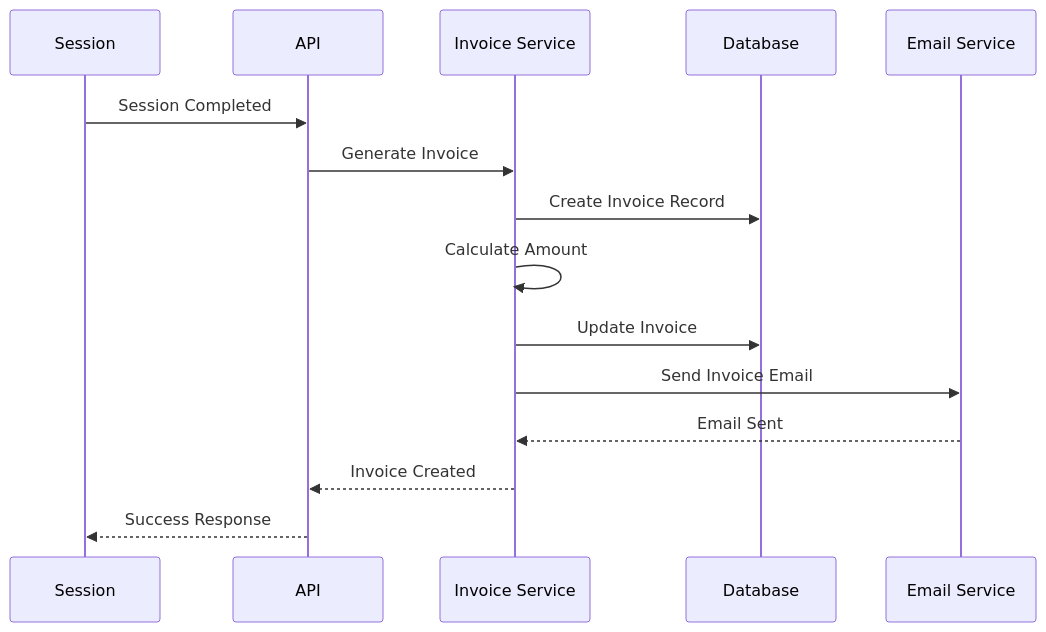
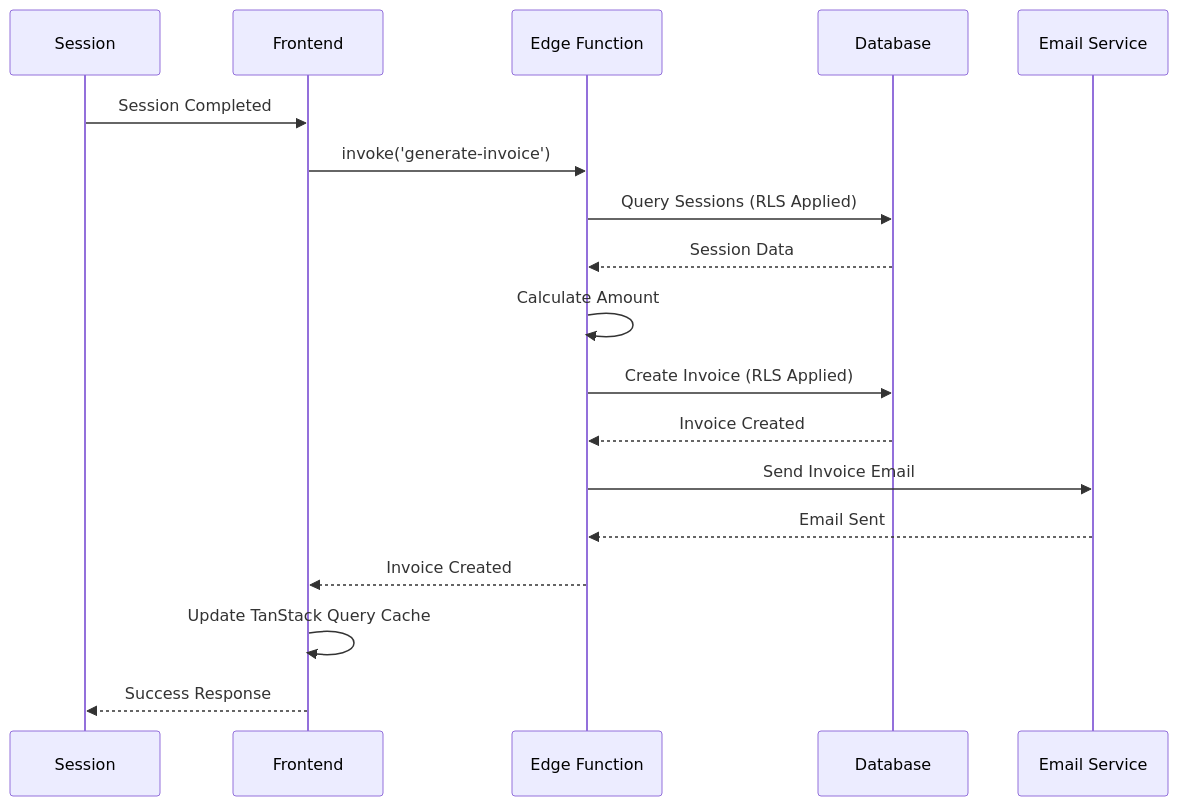
One commit to obenmaha/revia changed the tenth of 11 diagrams in docs/architecture-diagrams.md. Above: the diagram before and after it, drawn with Mermaid. The commit also changed other lines of this file and 166 other files, not shown here.

First line of the commit message:
feat: Migration complète vers architecture serverless avec Supabase

````diff
--- a/docs/architecture-diagrams.md
+++ b/docs/architecture-diagrams.md
@@ -356,18 +390,21 @@
 ```mermaid
 sequenceDiagram
     participant S as Session
-    participant A as API
-    participant I as Invoice Service
+    participant F as Frontend
+    participant E as Edge Function
     participant D as Database
-    participant E as Email Service
+    participant M as Email Service
 
-    S->>A: Session Completed
-    A->>I: Generate Invoice
-    I->>D: Create Invoice Record
-    I->>I: Calculate Amount
-    I->>D: Update Invoice
-    I->>E: Send Invoice Email
-    E-->>I: Email Sent
-    I-->>A: Invoice Created
-    A-->>S: Success Response
+    S->>F: Session Completed
+    F->>E: invoke('generate-invoice')
+    E->>D: Query Sessions (RLS Applied)
+    D-->>E: Session Data
+    E->>E: Calculate Amount
+    E->>D: Create Invoice (RLS Applied)
+    D-->>E: Invoice Created
+    E->>M: Send Invoice Email
+    M-->>E: Email Sent
+    E-->>F: Invoice Created
+    F->>F: Update TanStack Query Cache
+    F-->>S: Success Response
 ```
````
